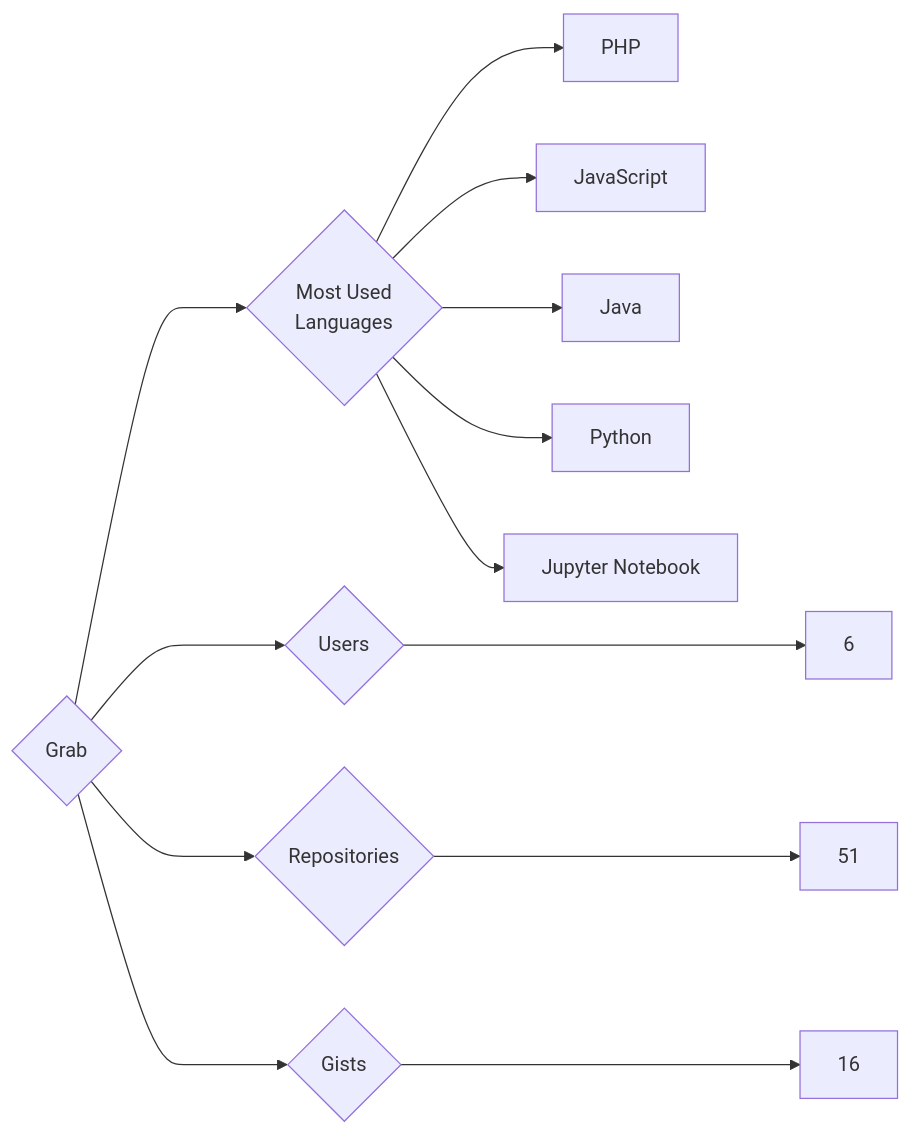
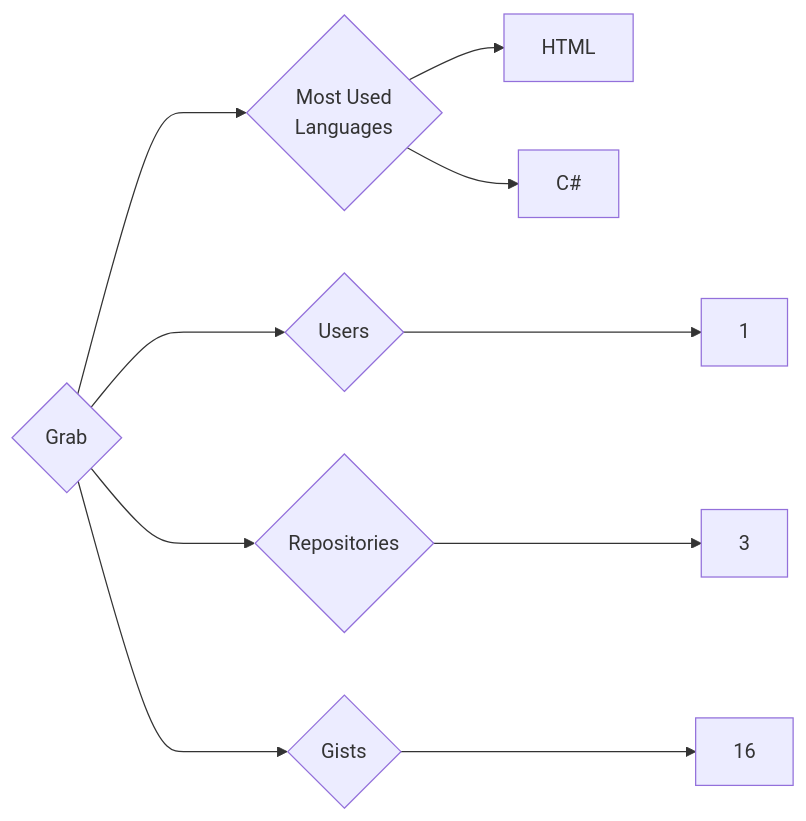
Before and after one commit to trickest/insiders: the diagram in targets/Grab/README.md, drawn with Mermaid. The commit also changed 559 other files, not shown here.

````diff
--- a/targets/Grab/README.md
+++ b/targets/Grab/README.md
@@ -3,13 +3,10 @@
 ```mermaid
 graph LR
 COMPANY_NAME{Grab}
-COMPANY_NAME ---> U{Users} ---> UN[6]
-COMPANY_NAME ---> R{Repositories} ---> RN[51]
+COMPANY_NAME ---> U{Users} ---> UN[1]
+COMPANY_NAME ---> R{Repositories} ---> RN[3]
 COMPANY_NAME ---> G{Gists} ---> GN[16]
 COMPANY_NAME ---> ML{Most Used<br>Languages}
-ML --> PHP[PHP]
-ML --> JavaScript[JavaScript]
-ML --> Java[Java]
-ML --> Python[Python]
-ML --> Jupyter_Notebook[Jupyter Notebook]
+ML --> HTML[HTML]
+ML --> C#[C#]
 ```
````
